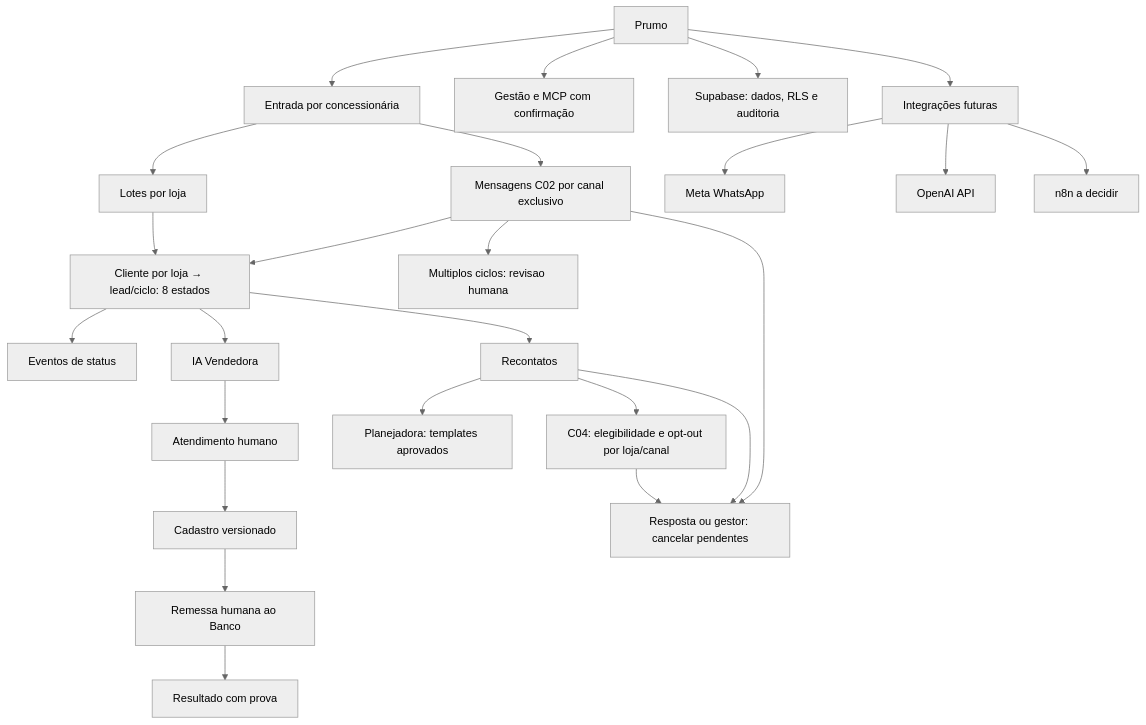
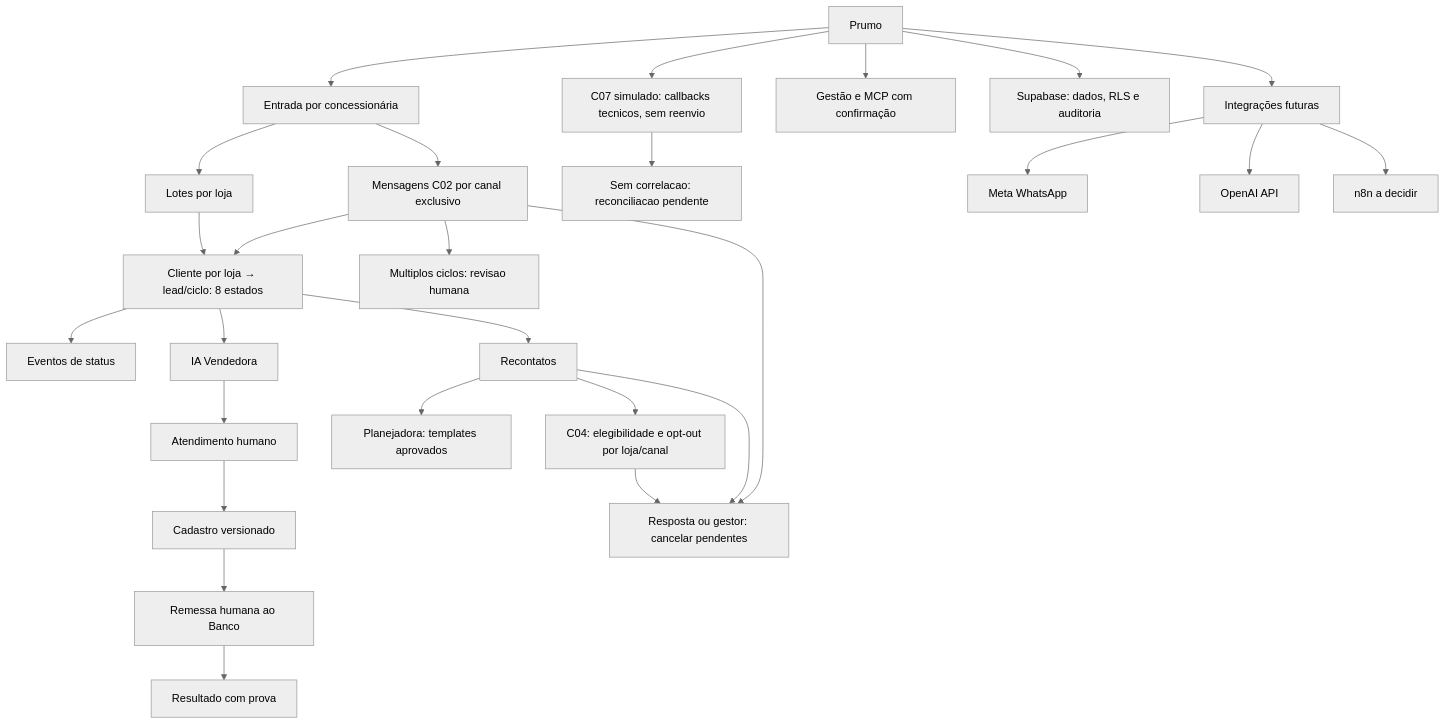
Before and after one commit to prumogrowth/Prumo-Growth-Platform-V2: the diagram in docs/MAPA_MENTAL.md, drawn with Mermaid (neutral theme).

Commit message:
docs(c07): incorporar callbacks simulados, provas e controle de consumo CI

````diff
--- a/docs/MAPA_MENTAL.md
+++ b/docs/MAPA_MENTAL.md
@@ -3,27 +3,29 @@
 ```mermaid
 flowchart TD
   P[Prumo] --> E[Entrada por concessionária]
   E --> IMP[Lotes por loja]
   E --> INB[Mensagens C02 por canal exclusivo]
   INB --> L
   INB --> PEND[Multiplos ciclos: revisao humana]
   IMP --> L[Cliente por loja → lead/ciclo: 8 estados]
   L --> EV[Eventos de status]
   L --> IA[IA Vendedora]
   IA --> H[Atendimento humano]
   H --> CAD[Cadastro versionado]
   CAD --> BAN[Remessa humana ao Banco]
   BAN --> RES[Resultado com prova]
   L --> REC[Recontatos]
   REC --> PLA[Planejadora: templates aprovados]
   REC --> ELIG[C04: elegibilidade e opt-out por loja/canal]
   ELIG --> CAN
   REC --> CAN[Resposta ou gestor: cancelar pendentes]
   INB --> CAN
+  P --> C07[C07 simulado: callbacks tecnicos, sem reenvio]
+  C07 --> RC[Sem correlacao: reconciliacao pendente]
   P --> ADM[Gestão e MCP com confirmação]
   P --> DB[Supabase: dados, RLS e auditoria]
   P --> INT[Integrações futuras]
   INT --> WA[Meta WhatsApp]
   INT --> OAI[OpenAI API]
   INT --> N[n8n a decidir]
 ```
````
